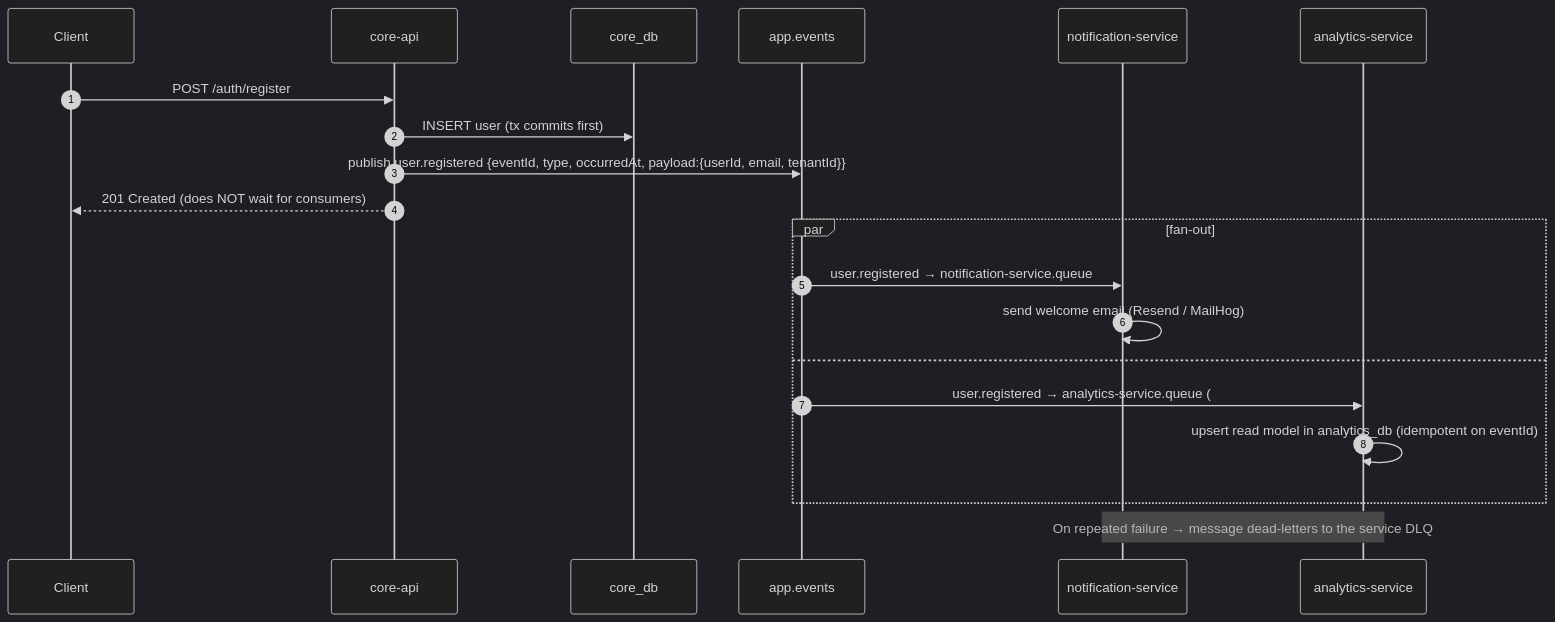
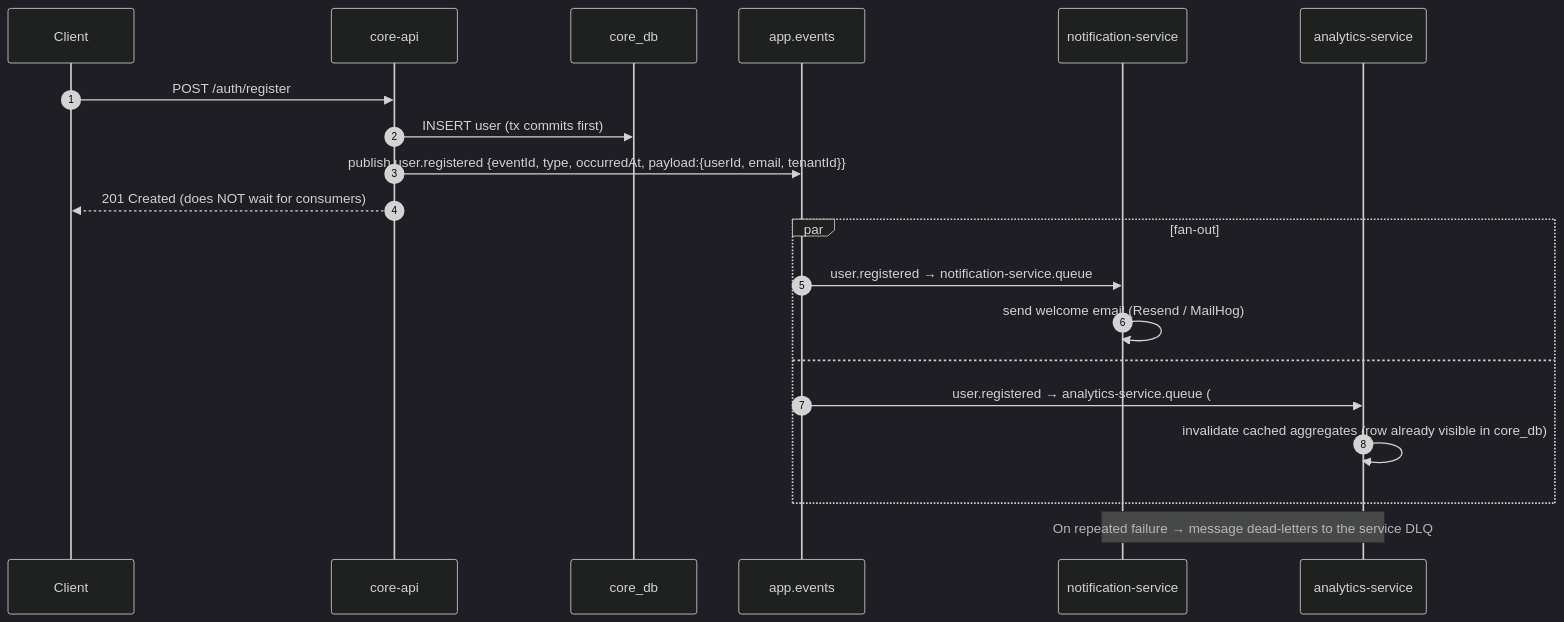
Before and after one commit to ITI-Grad-Project-org/backend: the fourth of 5 diagrams in coachhub/docs/deployment/01-system-architecture.md, drawn with Mermaid (dark theme). The commit also changed other lines of this file and 5 other files, not shown here.

First line of the commit message:
feat[server]: point analytics-service at core_db with read-only access

````diff
--- a/coachhub/docs/deployment/01-system-architecture.md
+++ b/coachhub/docs/deployment/01-system-architecture.md
@@ -201,23 +209,23 @@
 ```mermaid
 sequenceDiagram
     autonumber
     participant C as Client
     participant API as core-api
     participant PG as core_db
     participant MQ as app.events
     participant N as notification-service
     participant A as analytics-service
 
     C->>API: POST /auth/register
     API->>PG: INSERT user (tx commits first)
     API->>MQ: publish user.registered {eventId, type, occurredAt, payload:{userId, email, tenantId}}
     API-->>C: 201 Created (does NOT wait for consumers)
     par fan-out
         MQ->>N: user.registered → notification-service.queue
         N->>N: send welcome email (Resend / MailHog)
     and
         MQ->>A: user.registered → analytics-service.queue (# binding)
-        A->>A: upsert read model in analytics_db (idempotent on eventId)
+        A->>A: invalidate cached aggregates (row already visible in core_db)
     end
     Note over N,A: On repeated failure → message dead-letters to the service DLQ
 ```
````
